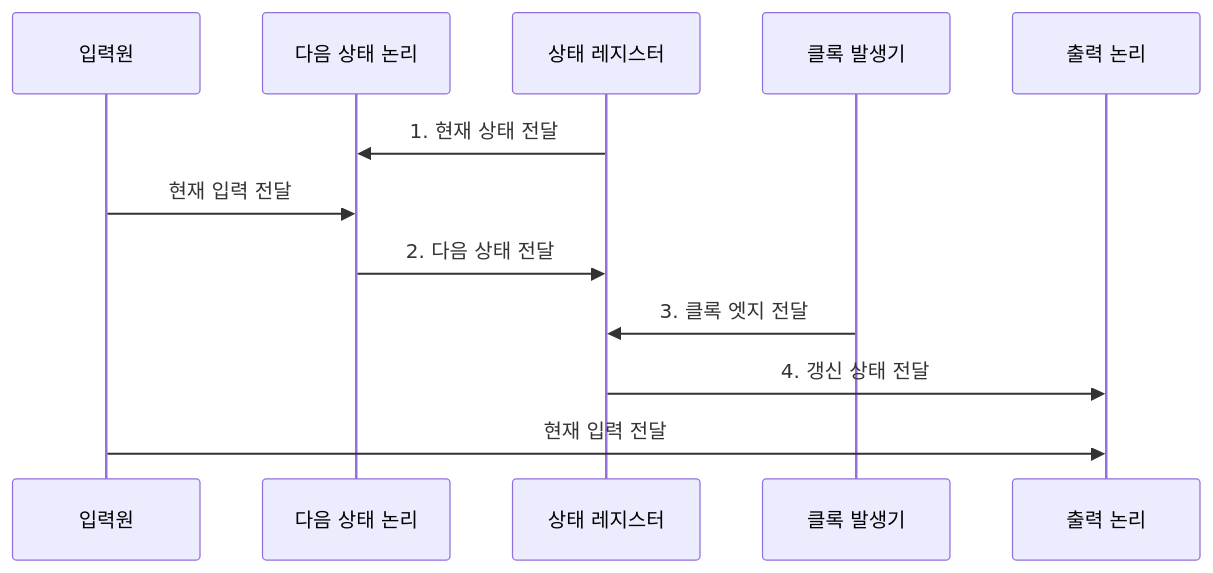
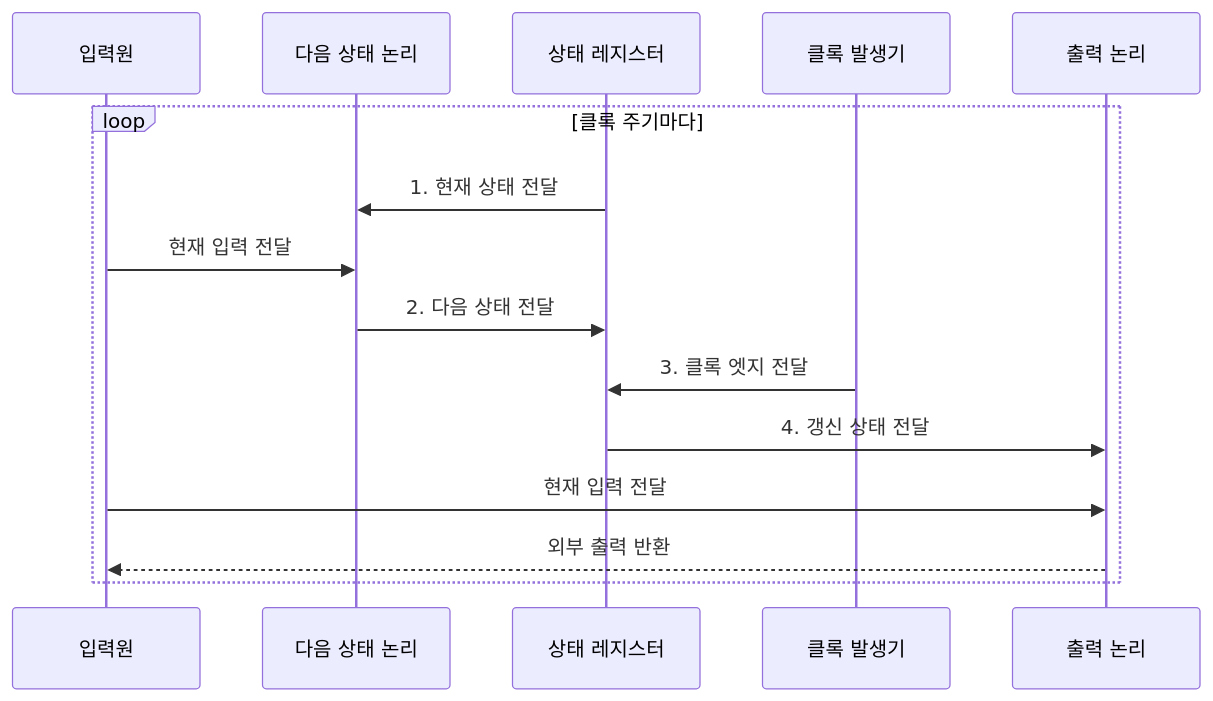
Before and after one commit to agnusdei1207/knowledge-base: the second of 2 diagrams in src/content/docs/notes/01-basic-theory/027_sequential_logic.md, drawn with Mermaid. The commit also changed other lines of this file and 12 other files, not shown here.

````diff
--- a/src/content/docs/notes/01-basic-theory/027_sequential_logic.md
+++ b/src/content/docs/notes/01-basic-theory/027_sequential_logic.md
@@ -98,14 +98,17 @@
 ```mermaid
 sequenceDiagram
     participant I as 입력원
     participant N as 다음 상태 논리
     participant R as 상태 레지스터
     participant C as 클록 발생기
     participant O as 출력 논리
-    R->>N: 1. 현재 상태 전달
-    I->>N: 현재 입력 전달
-    N->>R: 2. 다음 상태 전달
-    C->>R: 3. 클록 엣지 전달
-    R->>O: 4. 갱신 상태 전달
-    I->>O: 현재 입력 전달
+    loop 클록 주기마다
+        R->>N: 1. 현재 상태 전달
+        I->>N: 현재 입력 전달
+        N->>R: 2. 다음 상태 전달
+        C->>R: 3. 클록 엣지 전달
+        R->>O: 4. 갱신 상태 전달
+        I->>O: 현재 입력 전달
+        O-->>I: 외부 출력 반환
+    end
 ```
````
